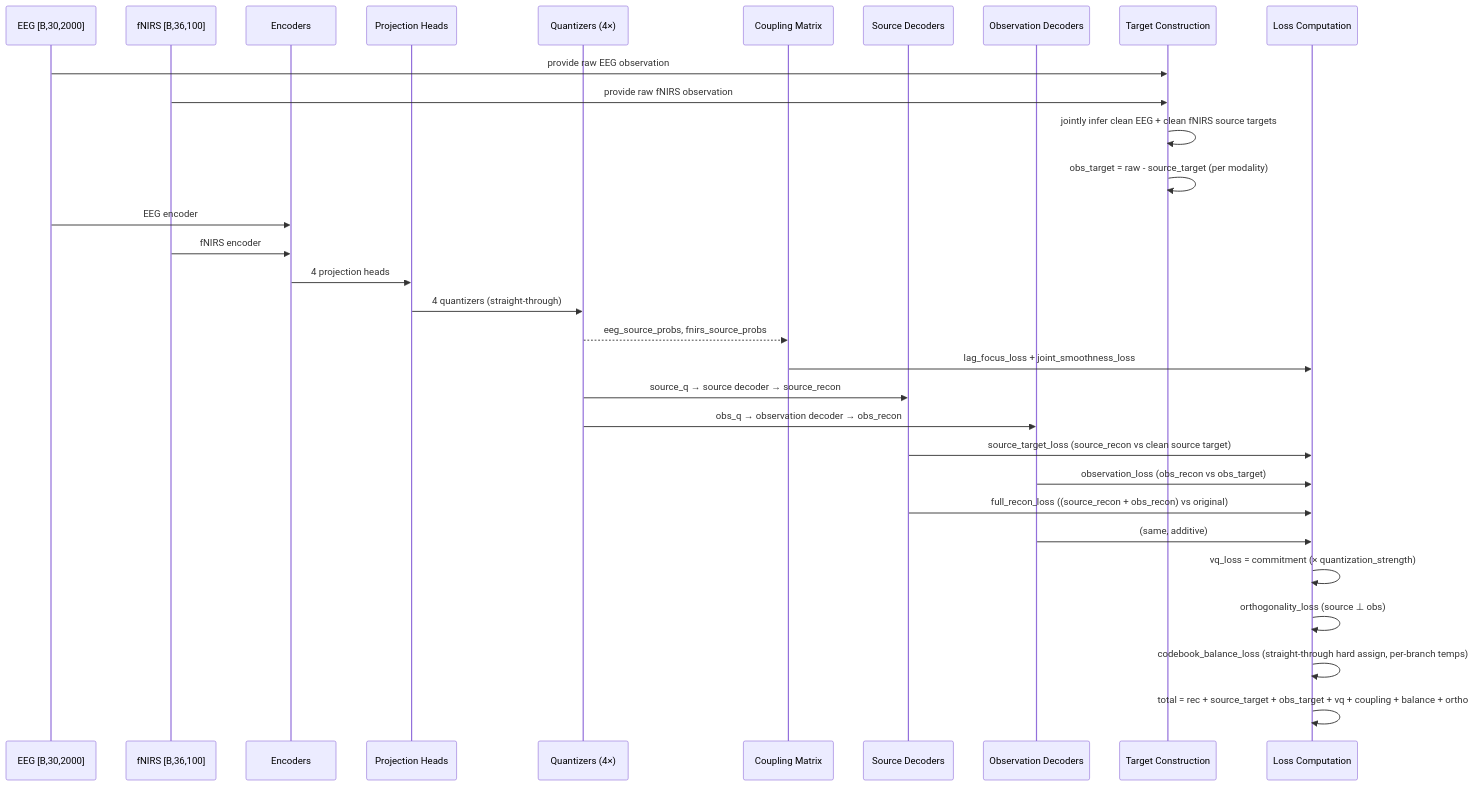
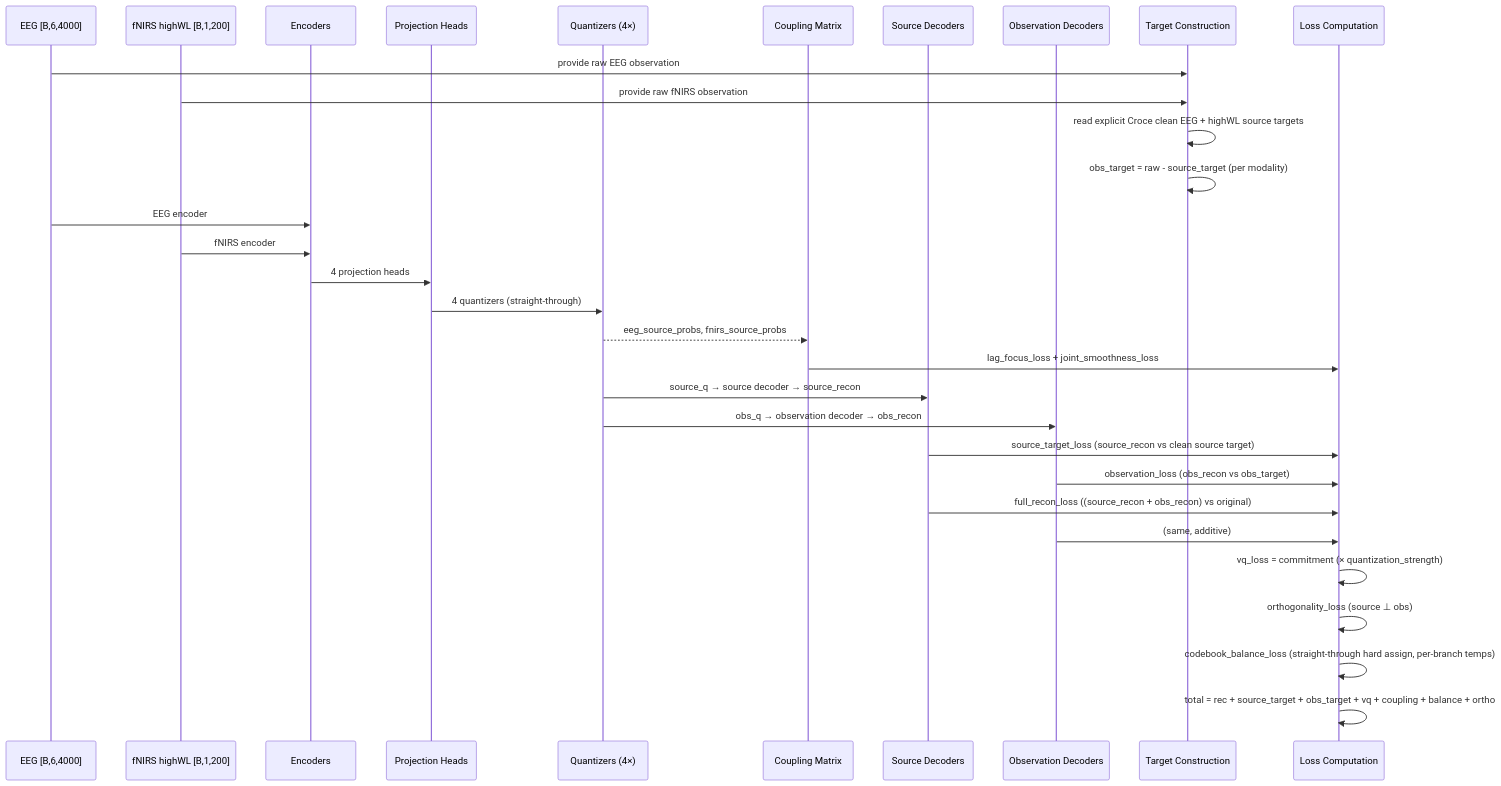
Before and after one commit to Kevin65536/PID-MCM: the second of 3 diagrams in docs/ARCHITECTURE.md, drawn with Mermaid. The commit also changed other lines of this file and 21 other files, not shown here.

Commit message:
Implement highWL Croce local tokenizer input

````diff
--- a/docs/ARCHITECTURE.md
+++ b/docs/ARCHITECTURE.md
@@ -152,39 +154,39 @@
 ```mermaid
 sequenceDiagram
-    participant EEG as EEG [B,30,2000]
-    participant fNIRS as fNIRS [B,36,100]
+    participant EEG as EEG [B,6,4000]
+    participant fNIRS as fNIRS highWL [B,1,200]
     participant Enc as Encoders
     participant Proj as Projection Heads
     participant Quant as Quantizers (4×)
     participant Coup as Coupling Matrix
     participant DecS as Source Decoders
     participant DecO as Observation Decoders
     participant Target as Target Construction
     participant Loss as Loss Computation
 
     EEG->>Target: provide raw EEG observation
     fNIRS->>Target: provide raw fNIRS observation
-    Target->>Target: jointly infer clean EEG + clean fNIRS source targets
+    Target->>Target: read explicit Croce clean EEG + highWL source targets
     Target->>Target: obs_target = raw - source_target (per modality)
 
     EEG->>Enc: EEG encoder
     fNIRS->>Enc: fNIRS encoder
     Enc->>Proj: 4 projection heads
     Proj->>Quant: 4 quantizers (straight-through)
 
     Quant-->>Coup: eeg_source_probs, fnirs_source_probs
     Coup->>Loss: lag_focus_loss + joint_smoothness_loss
 
     Quant->>DecS: source_q → source decoder → source_recon
     Quant->>DecO: obs_q → observation decoder → obs_recon
 
     DecS->>Loss: source_target_loss (source_recon vs clean source target)
     DecO->>Loss: observation_loss (obs_recon vs obs_target)
     DecS->>Loss: full_recon_loss ((source_recon + obs_recon) vs original)
     DecO->>Loss: (same, additive)
 
     Loss->>Loss: vq_loss = commitment (× quantization_strength)
     Loss->>Loss: orthogonality_loss (source ⊥ obs)
     Loss->>Loss: codebook_balance_loss (straight-through hard assign, per-branch temps)
     Loss->>Loss: total = rec + source_target + obs_target + vq + coupling + balance + ortho
 ```
````
